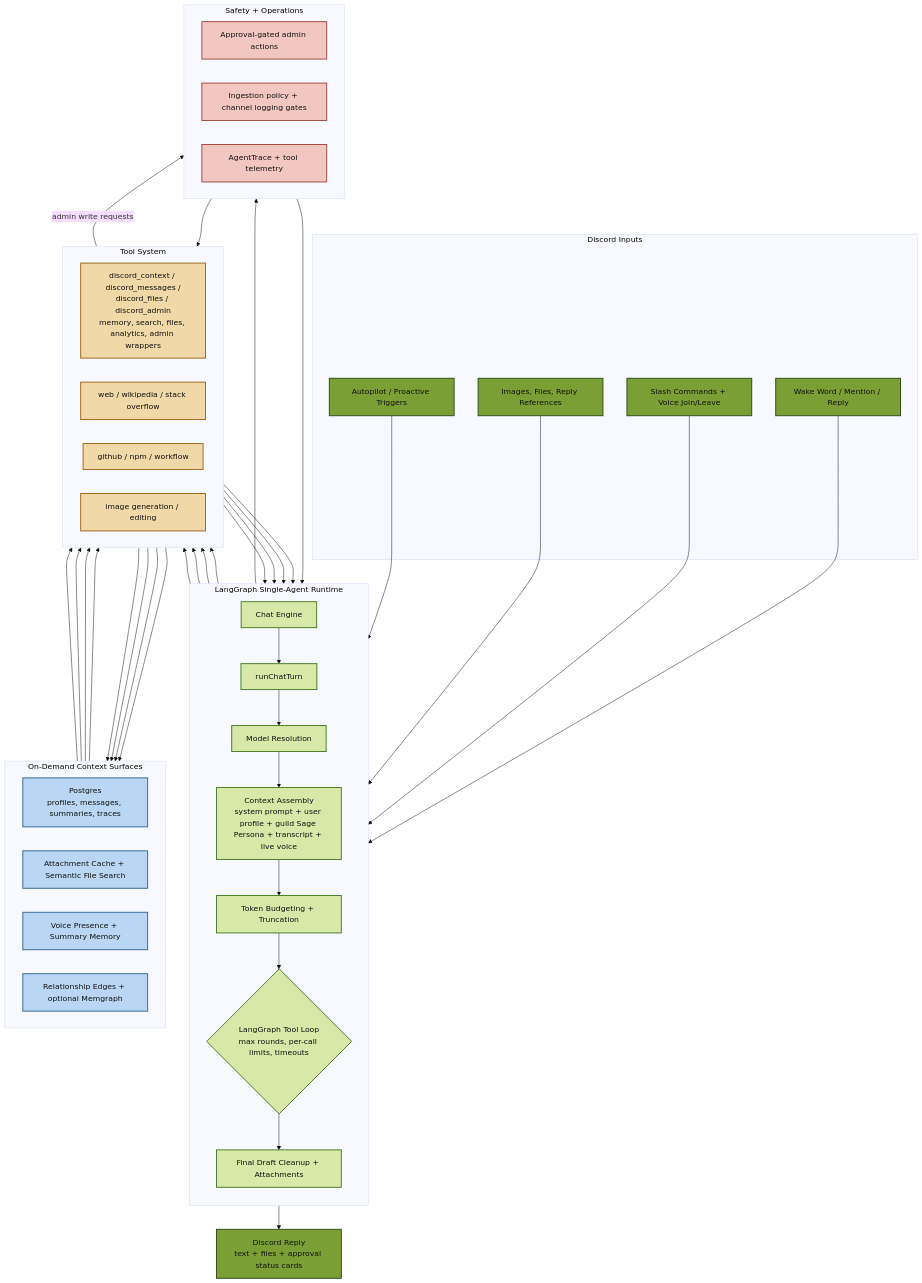
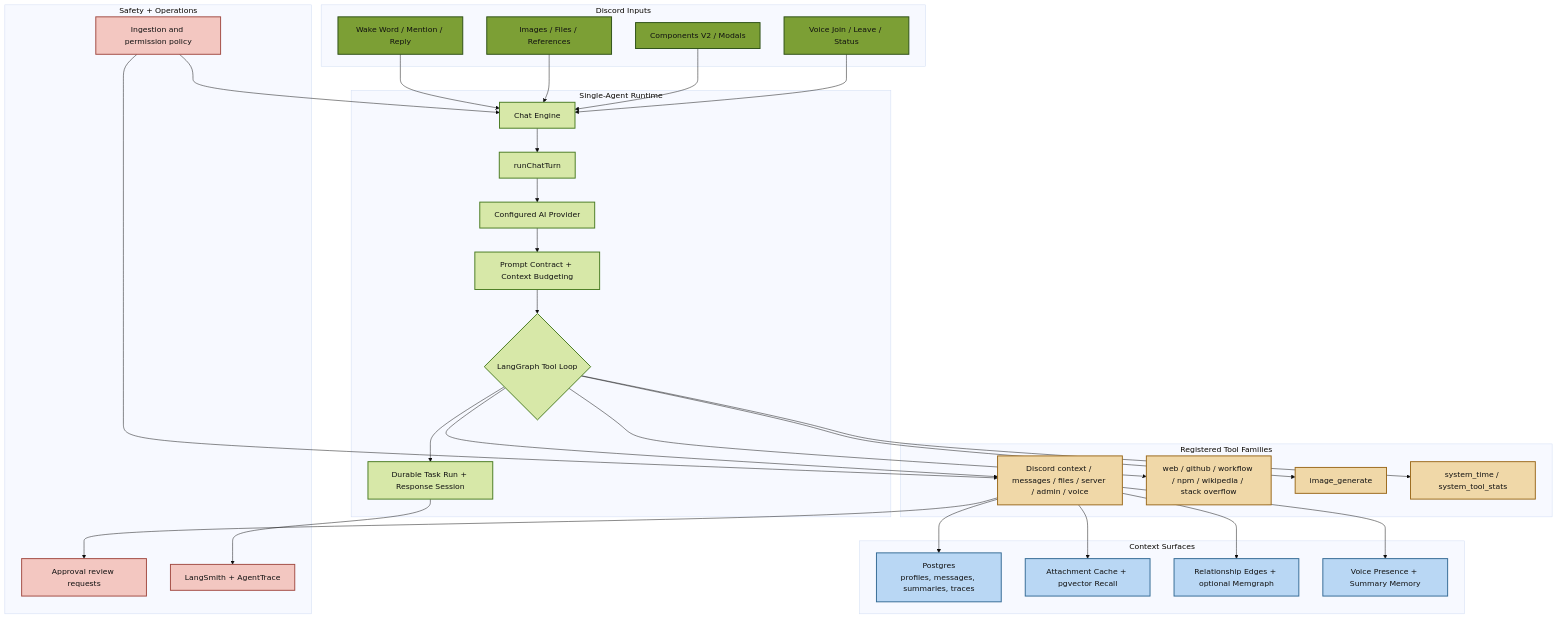
Before and after one commit to BokX1/Sage: the second of 2 diagrams in README.md, drawn with Mermaid (base theme). The commit also changed other lines of this file and 21 other files, not shown here.

````diff
--- a/README.md
+++ b/README.md
@@ -191,82 +148,62 @@
 ```mermaid
 flowchart TD
     classDef discord fill:#7c9f35,stroke:#2d5016,stroke-width:2px,color:#111
     classDef runtime fill:#d7e8a8,stroke:#4a7c23,stroke-width:2px,color:#111
     classDef memory fill:#b9d7f4,stroke:#356b95,stroke-width:2px,color:#111
     classDef tools fill:#f0d8a8,stroke:#9b6a1d,stroke-width:2px,color:#111
     classDef ops fill:#f3c7c1,stroke:#a24b43,stroke-width:2px,color:#111
 
     subgraph Inputs["Discord Inputs"]
         MSG["Wake Word / Mention / Reply"]:::discord
-        CMD["Slash Commands + Voice Join/Leave"]:::discord
-        FILES["Images, Files, Reply References"]:::discord
-        AUTO["Autopilot / Proactive Triggers"]:::discord
+        FILES["Images / Files / References"]:::discord
+        INT["Components V2 / Modals"]:::discord
+        VOICE["Voice Join / Leave / Status"]:::discord
     end
 
-    subgraph Engine["LangGraph Single-Agent Runtime"]
-        direction TB
+    subgraph Engine["Single-Agent Runtime"]
         CHAT["Chat Engine"]:::runtime
         TURN["runChatTurn"]:::runtime
-        MODEL["Model Resolution"]:::runtime
-        CTX["Context Assembly<br/>system prompt + user profile + guild Sage Persona + transcript + live voice"]:::runtime
-        BUDGET["Token Budgeting + Truncation"]:::runtime
-        LOOP{"LangGraph Tool Loop<br/>max rounds, per-call limits, timeouts"}:::runtime
-        FINAL["Final Draft Cleanup + Attachments"]:::runtime
+        MODEL["Configured AI Provider"]:::runtime
+        CTX["Prompt Contract + Context Budgeting"]:::runtime
+        LOOP{"LangGraph Tool Loop"}:::runtime
+        TASK["Durable Task Run + Response Session"]:::runtime
     end
 
-    subgraph Retrieval["On-Demand Context Surfaces"]
-        direction LR
+    subgraph Retrieval["Context Surfaces"]
         DB["Postgres<br/>profiles, messages, summaries, traces"]:::memory
-        ATT["Attachment Cache + Semantic File Search"]:::memory
-        VOICE["Voice Presence + Summary Memory"]:::memory
-        GRAPH["Relationship Edges + optional Memgraph"]:::memory
+        ATT["Attachment Cache + pgvector Recall"]:::memory
+        SG["Relationship Edges + optional Memgraph"]:::memory
+        VA["Voice Presence + Summary Memory"]:::memory
     end
 
-    subgraph Tools["Tool System"]
-        direction LR
-        DISC["discord_context / discord_messages /<br/>discord_files / discord_admin<br/>memory, search, files, analytics, admin wrappers"]:::tools
-        WEB["web / wikipedia / stack overflow"]:::tools
-        DEV["github / npm / workflow"]:::tools
-        GEN["image generation / editing"]:::tools
+    subgraph Tools["Registered Tool Families"]
+        DISC["Discord context / messages / files / server / admin / voice"]:::tools
+        WEB["web / github / workflow / npm / wikipedia / stack overflow"]:::tools
+        IMG["image_generate"]:::tools
+        SYS["system_time / system_tool_stats"]:::tools
     end
 
-    subgraph Controls["Safety + Operations"]
-        direction LR
-        APPROVAL["Approval-gated admin actions"]:::ops
-        POLICY["Ingestion policy + channel logging gates"]:::ops
-        TRACE["AgentTrace + tool telemetry"]:::ops
+    subgraph Ops["Safety + Operations"]
+        APPROVAL["Approval review requests"]:::ops
+        TRACE["LangSmith + AgentTrace"]:::ops
+        POLICY["Ingestion and permission policy"]:::ops
     end
 
     MSG --> CHAT
-    CMD --> CHAT
     FILES --> CHAT
-    AUTO --> CHAT
-
-    CHAT --> TURN --> MODEL --> CTX --> BUDGET --> LOOP
-
+    INT --> CHAT
+    VOICE --> CHAT
+    CHAT --> TURN --> MODEL --> CTX --> LOOP --> TASK
     LOOP --> DISC
     LOOP --> WEB
-    LOOP --> DEV
-    LOOP --> GEN
-
+    LOOP --> IMG
+    LOOP --> SYS
     DISC --> DB
     DISC --> ATT
-    DISC --> VOICE
-    DISC --> GRAPH
-    GRAPH --> DISC
-    VOICE --> DISC
-    ATT --> DISC
-    DB --> DISC
-
-    DISC -->|"admin write requests"| APPROVAL
+    DISC --> SG
+    DISC --> VA
     POLICY --> CHAT
     POLICY --> DISC
-
-    WEB --> LOOP
-    DEV --> LOOP
-    GEN --> LOOP
-    DISC --> LOOP
-
-    LOOP --> FINAL --> OUT["Discord Reply<br/>text + files + approval status cards"]:::discord
-    FINAL --> TRACE
+    DISC --> APPROVAL
+    TASK --> TRACE
 ```
````
